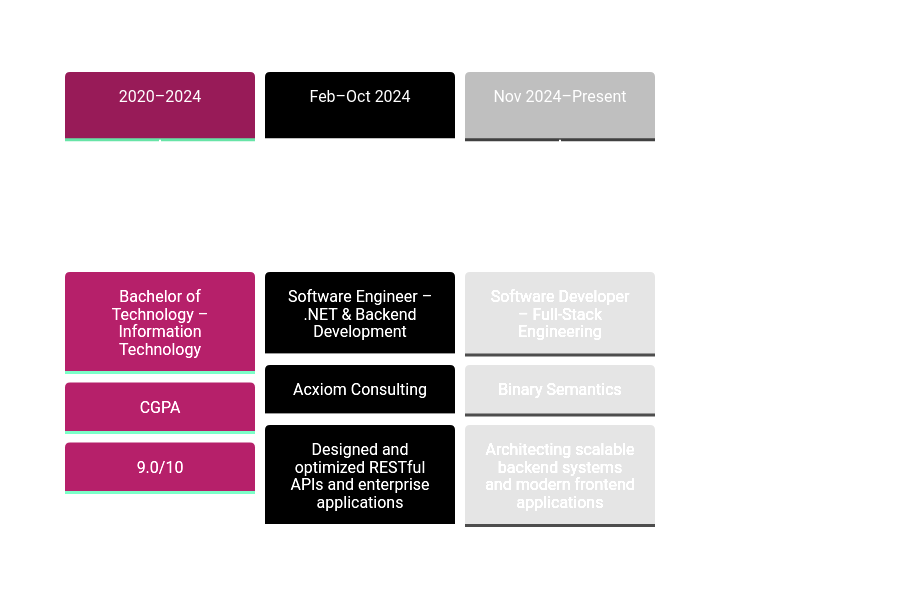
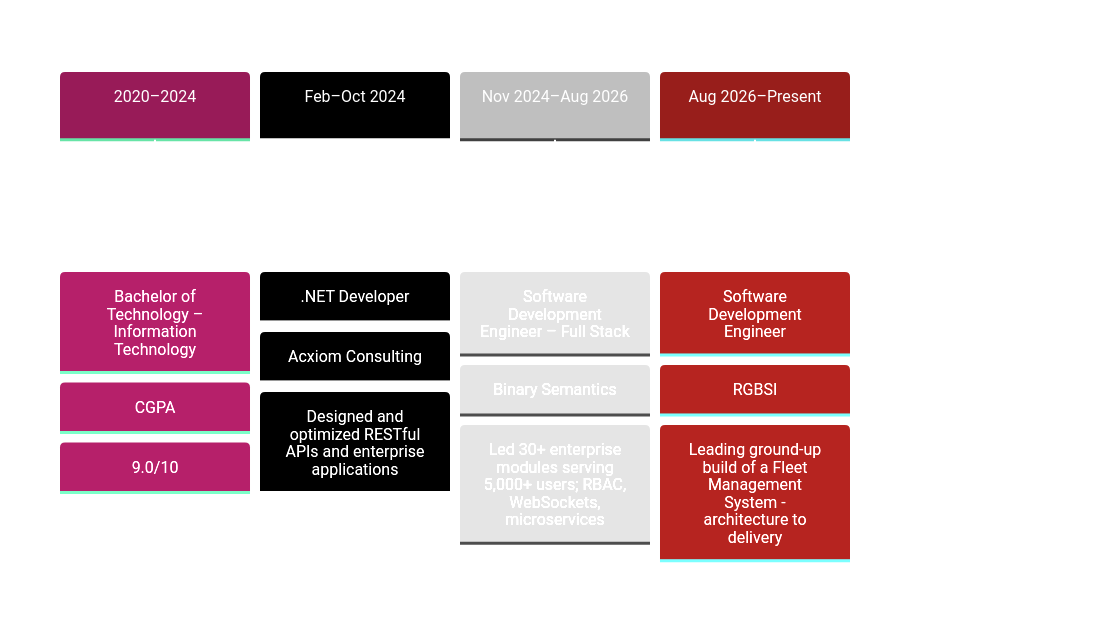
Before and after one commit to AlienAlien369/AlienAlien369: the diagram in README.md, drawn with Mermaid. The commit also changed other lines of this file, not shown here.

Commit message:
Update profile README with latest resume info (RGBSI role, GenAI/RAG work)

````diff
--- a/README.md
+++ b/README.md
@@ -216,23 +251,27 @@
 ```mermaid
 %%{init: {'theme':'base', 'themeVariables': { 
   'primaryColor': '#e05397',
   'primaryTextColor': '#fff',
   'primaryBorderColor': '#7C0200',
   'lineColor': '#F8B229',
   'secondaryColor': '#006100',
   'tertiaryColor': '#fff',
   'fontFamily': 'Fira Code'
 }}}%%
 timeline
     title Career Progression
     2020–2024  : Bachelor of Technology – Information Technology
               : CGPA: 9.0/10
 
-    Feb–Oct 2024  : Software Engineer – .NET & Backend Development
+    Feb–Oct 2024  : .NET Developer
                   : Acxiom Consulting
                   : Designed and optimized RESTful APIs and enterprise applications
 
-    Nov 2024–Present : Software Developer – Full-Stack Engineering
+    Nov 2024–Aug 2026 : Software Development Engineer – Full Stack
                     : Binary Semantics
-                    : Architecting scalable backend systems and modern frontend applications
+                    : Led 30+ enterprise modules serving 5,000+ users; RBAC, WebSockets, microservices
+
+    Aug 2026–Present : Software Development Engineer
+                    : RGBSI
+                    : Leading ground-up build of a Fleet Management System - architecture to delivery
 ```
````
